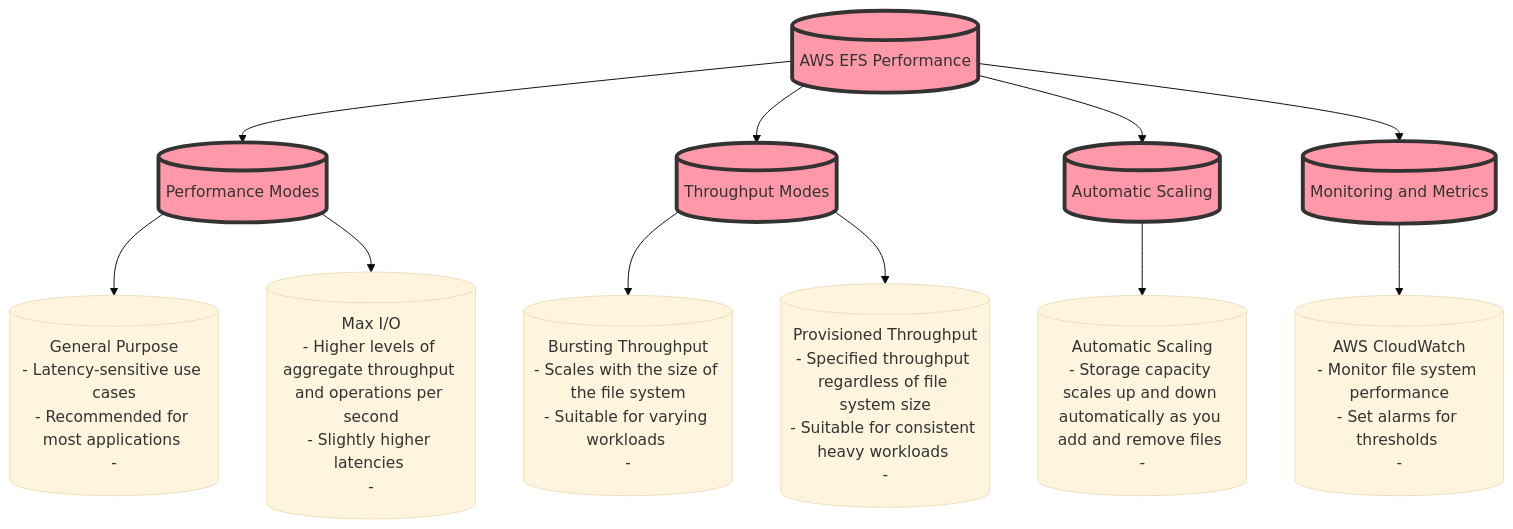
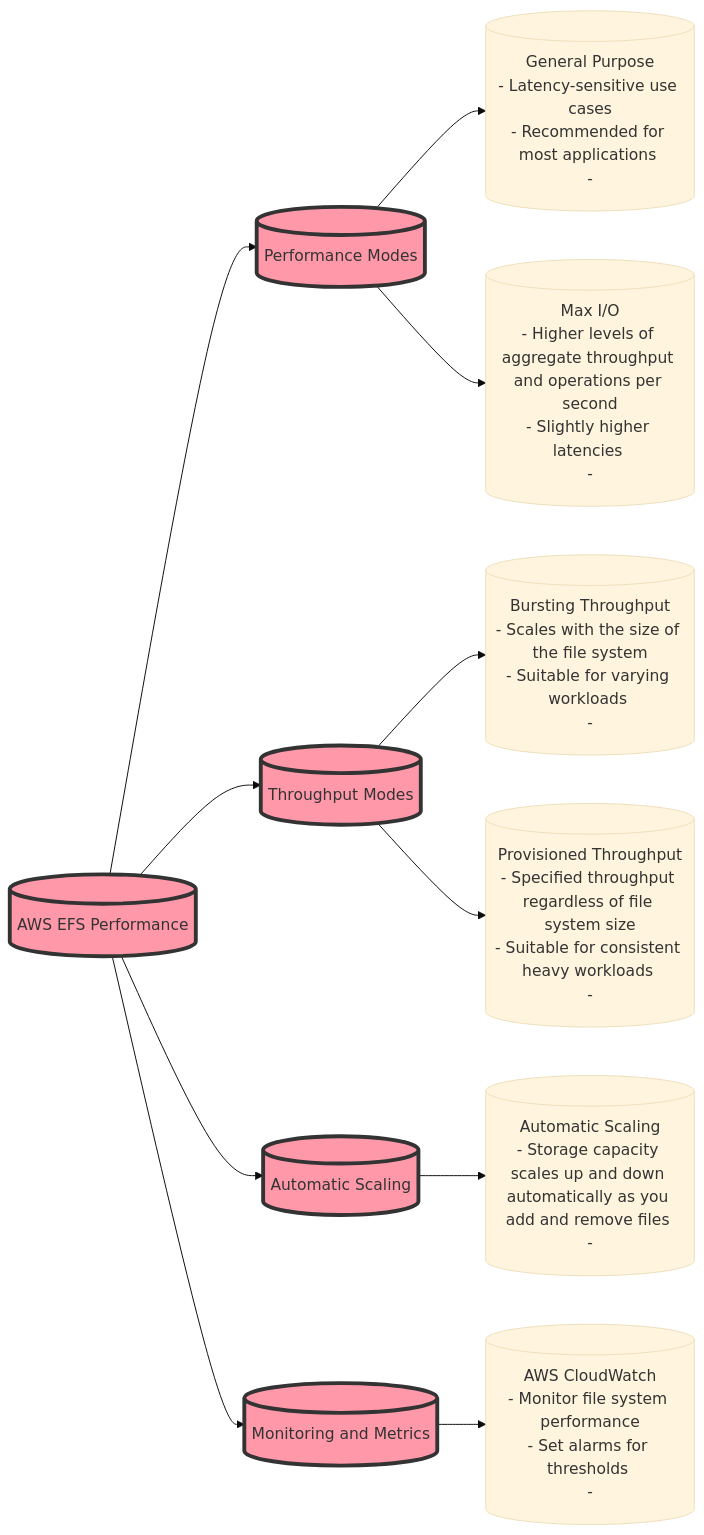
The diagram in notes/storage/EFS/EFS Performance.md (skrradev/aws-saa-notes), drawn with Mermaid (base theme) before and after one commit. The commit also changed 85 other files, not shown here.

````diff
--- a/notes/storage/EFS/EFS Performance.md
+++ b/notes/storage/EFS/EFS Performance.md
@@ -4,25 +4,25 @@
 ```mermaid
-graph TD;
+graph LR;
     EFS_Performance[("AWS EFS Performance")]
     EFS_Performance --> Performance_Modes[("Performance Modes")]
     EFS_Performance --> Throughput_Modes[("Throughput Modes")]
     EFS_Performance --> Scaling[("Automatic Scaling")]
     EFS_Performance --> Metrics[("Monitoring and Metrics")]
 
     Performance_Modes --> General_Purpose[("General Purpose\n- Latency-sensitive use cases\n- Recommended for most applications \n-")]
     Performance_Modes --> Max_IO[("Max I/O\n- Higher levels of aggregate throughput and operations per second\n- Slightly higher latencies \n-")]
 
     Throughput_Modes --> Bursting[("Bursting Throughput\n- Scales with the size of the file system\n- Suitable for varying workloads \n-")]
     Throughput_Modes --> Provisioned[("Provisioned Throughput\n- Specified throughput regardless of file system size\n- Suitable for consistent heavy workloads \n-")]
 
     Scaling --> Auto_Scaling[("Automatic Scaling\n- Storage capacity scales up and down automatically as you add and remove files \n-")]
 
     Metrics --> CloudWatch[("AWS CloudWatch\n- Monitor file system performance\n- Set alarms for thresholds \n-")]
 
     classDef important fill:#f9a,stroke:#333,stroke-width:4px;
     class EFS_Performance,Performance_Modes,Throughput_Modes,Scaling,Metrics important;
 
 
 
 
 ```
````
